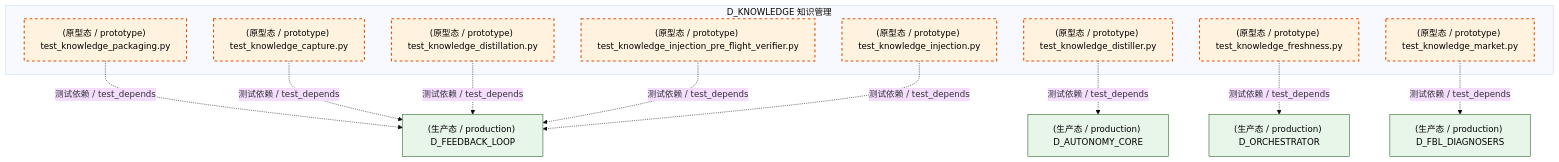
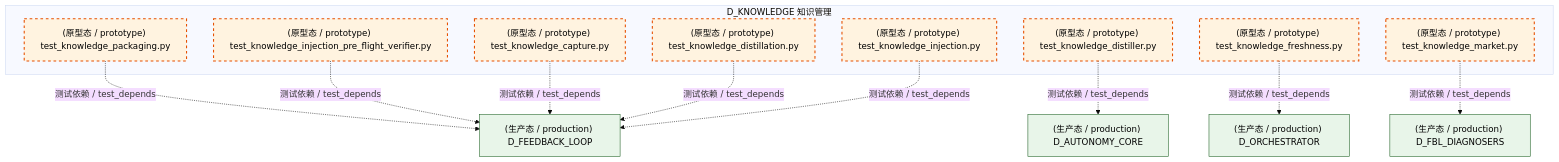
One commit to xuanFelixVan/ZephyrAlpha changed the second of 5 diagrams in docs/02_enterprise_architecture/02_domain_architecture_docs/48_d_knowledge.md. Above: the diagram before and after it, drawn with Mermaid (base theme). The commit also changed other lines of this file and 126 other files, not shown here.

````diff
--- a/docs/02_enterprise_architecture/02_domain_architecture_docs/48_d_knowledge.md
+++ b/docs/02_enterprise_architecture/02_domain_architecture_docs/48_d_knowledge.md
@@ -173,31 +173,31 @@
 ```mermaid
 graph TD
     subgraph D_KNOWLEDGE["D_KNOWLEDGE 知识管理"]
         tests_knowledge_engine_test_knowledge_capture_py["(原型态 / prototype) test_knowledge_capture.py"]
         tests_knowledge_engine_test_knowledge_distillation_py["(原型态 / prototype) test_knowledge_distillation.py"]
         tests_knowledge_engine_test_knowledge_distiller_py["(原型态 / prototype) test_knowledge_distiller.py"]
         tests_knowledge_engine_test_knowledge_freshness_py["(原型态 / prototype) test_knowledge_freshness.py"]
         tests_knowledge_engine_test_knowledge_injection_py["(原型态 / prototype) test_knowledge_injection.py"]
         tests_knowledge_engine_test_knowledge_injection_pre_flight_verifier_py["(原型态 / prototype) test_knowledge_injection_pre_flight_verifier.py"]
         tests_knowledge_engine_test_knowledge_market_py["(原型态 / prototype) test_knowledge_market.py"]
         tests_knowledge_engine_test_knowledge_packaging_py["(原型态 / prototype) test_knowledge_packaging.py"]
     end
+    D_FBL_DIAGNOSERS["(生产态 / production) D_FBL_DIAGNOSERS"]
+    tests_knowledge_engine_test_knowledge_market_py -.->|测试依赖 / test_depends| D_FBL_DIAGNOSERS
     D_FEEDBACK_LOOP["(生产态 / production) D_FEEDBACK_LOOP"]
     tests_knowledge_engine_test_knowledge_packaging_py -.->|测试依赖 / test_depends| D_FEEDBACK_LOOP
+    tests_knowledge_engine_test_knowledge_injection_pre_flight_verifier_py -.->|测试依赖 / test_depends| D_FEEDBACK_LOOP
     D_AUTONOMY_CORE["(生产态 / production) D_AUTONOMY_CORE"]
     tests_knowledge_engine_test_knowledge_distiller_py -.->|测试依赖 / test_depends| D_AUTONOMY_CORE
     tests_knowledge_engine_test_knowledge_capture_py -.->|测试依赖 / test_depends| D_FEEDBACK_LOOP
     tests_knowledge_engine_test_knowledge_distillation_py -.->|测试依赖 / test_depends| D_FEEDBACK_LOOP
-    D_FBL_DIAGNOSERS["(生产态 / production) D_FBL_DIAGNOSERS"]
-    tests_knowledge_engine_test_knowledge_market_py -.->|测试依赖 / test_depends| D_FBL_DIAGNOSERS
-    tests_knowledge_engine_test_knowledge_injection_pre_flight_verifier_py -.->|测试依赖 / test_depends| D_FEEDBACK_LOOP
     tests_knowledge_engine_test_knowledge_injection_py -.->|测试依赖 / test_depends| D_FEEDBACK_LOOP
     D_ORCHESTRATOR["(生产态 / production) D_ORCHESTRATOR"]
     tests_knowledge_engine_test_knowledge_freshness_py -.->|测试依赖 / test_depends| D_ORCHESTRATOR
     classDef production fill:#e1f5fe,stroke:#01579b,stroke-width:2px,color:#000
     classDef design fill:#fff3e0,stroke:#e65100,stroke-width:2px,color:#000,stroke-dasharray: 5 5
     classDef external_prod fill:#e8f5e9,stroke:#1b5e20,stroke-width:1px,color:#000
     classDef external_design fill:#fce4ec,stroke:#880e4f,stroke-width:1px,color:#000,stroke-dasharray: 5 5
     class tests_knowledge_engine_test_knowledge_capture_py,tests_knowledge_engine_test_knowledge_distillation_py,tests_knowledge_engine_test_knowledge_distiller_py,tests_knowledge_engine_test_knowledge_freshness_py,tests_knowledge_engine_test_knowledge_injection_py,tests_knowledge_engine_test_knowledge_injection_pre_flight_verifier_py,tests_knowledge_engine_test_knowledge_market_py,tests_knowledge_engine_test_knowledge_packaging_py design
-    class D_FEEDBACK_LOOP,D_AUTONOMY_CORE,D_FBL_DIAGNOSERS,D_ORCHESTRATOR external_prod
+    class D_FBL_DIAGNOSERS,D_FEEDBACK_LOOP,D_AUTONOMY_CORE,D_ORCHESTRATOR external_prod
 ```
````
